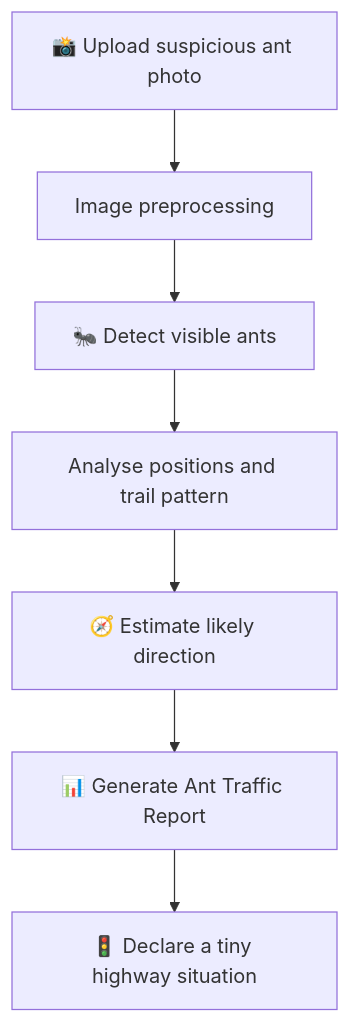
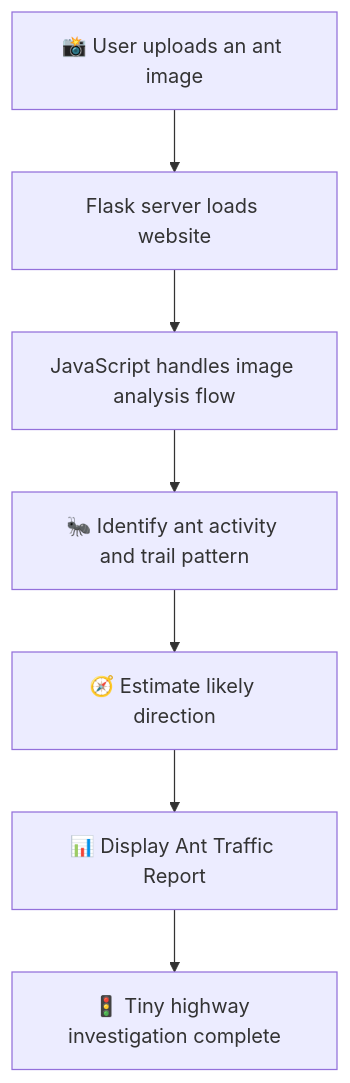
One commit to annetteannvarghese-afk/useless_project_temp changed the diagram in README.md. Above: the diagram before and after it, drawn with Mermaid. The commit also changed other lines of this file, not shown here.

````diff
--- a/README.md
+++ b/README.md
@@ -89,9 +102,9 @@
 ```mermaid
 flowchart TD
-    A[📸 Upload suspicious ant photo] --> B[Image preprocessing]
-    B --> C[🐜 Detect visible ants]
-    C --> D[Analyse positions and trail pattern]
+    A[📸 User uploads an ant image] --> B[Flask server loads website]
+    B --> C[JavaScript handles image analysis flow]
+    C --> D[🐜 Identify ant activity and trail pattern]
     D --> E[🧭 Estimate likely direction]
-    E --> F[📊 Generate Ant Traffic Report]
-    F --> G[🚦 Declare a tiny highway situation]
+    E --> F[📊 Display Ant Traffic Report]
+    F --> G[🚦 Tiny highway investigation complete]
 ```
````
